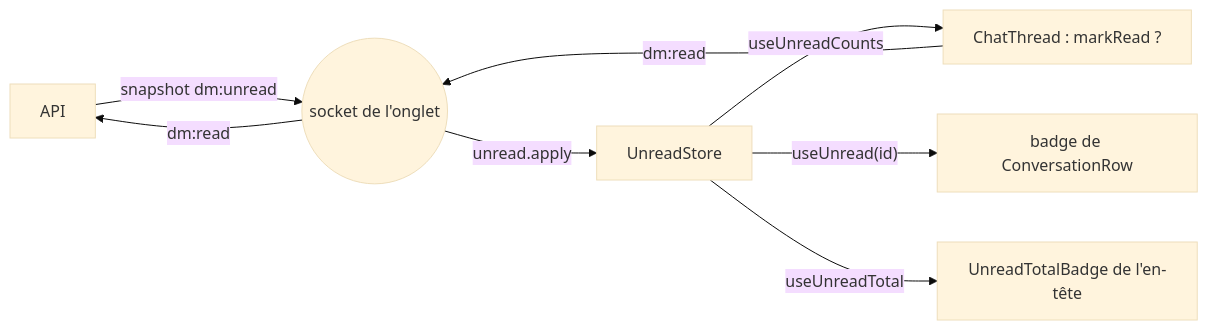
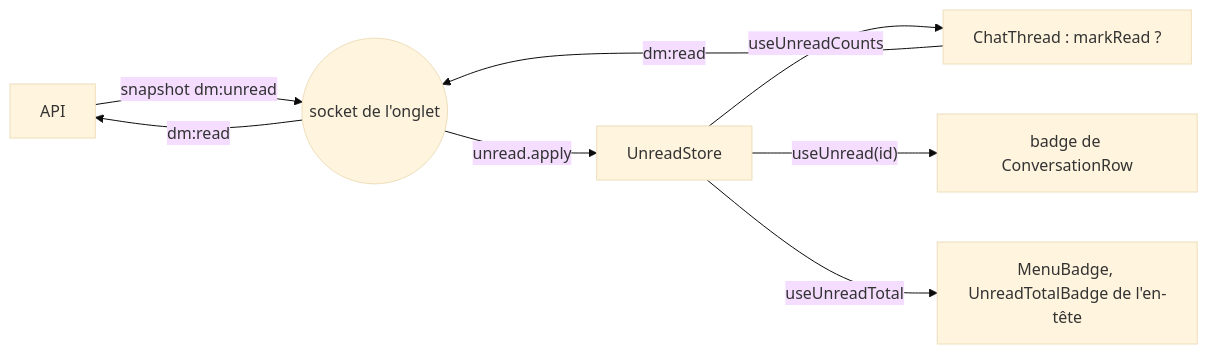
Before and after one commit to VictorBro/ft_transcendence: the fifth of 6 diagrams in docs-fr/web/08-chat.md, drawn with Mermaid (base theme). The commit also changed other lines of this file and 223 other files, not shown here.

````diff
--- a/docs-fr/web/08-chat.md
+++ b/docs-fr/web/08-chat.md
@@ -765,10 +764,10 @@
 ```mermaid
 flowchart LR
   API["API"] -->|"snapshot dm:unread"| SO(("socket de l'onglet"))
   SO -->|"unread.apply"| ST["UnreadStore"]
   ST -->|"useUnreadCounts"| CT["ChatThread : markRead ?"]
   ST -->|"useUnread(id)"| ROW["badge de ConversationRow"]
-  ST -->|"useUnreadTotal"| HDR["UnreadTotalBadge de l'en-tête"]
+  ST -->|"useUnreadTotal"| HDR["MenuBadge, UnreadTotalBadge de l'en-tête"]
   CT -->|"dm:read"| SO
   SO -->|"dm:read"| API
 ```
````
